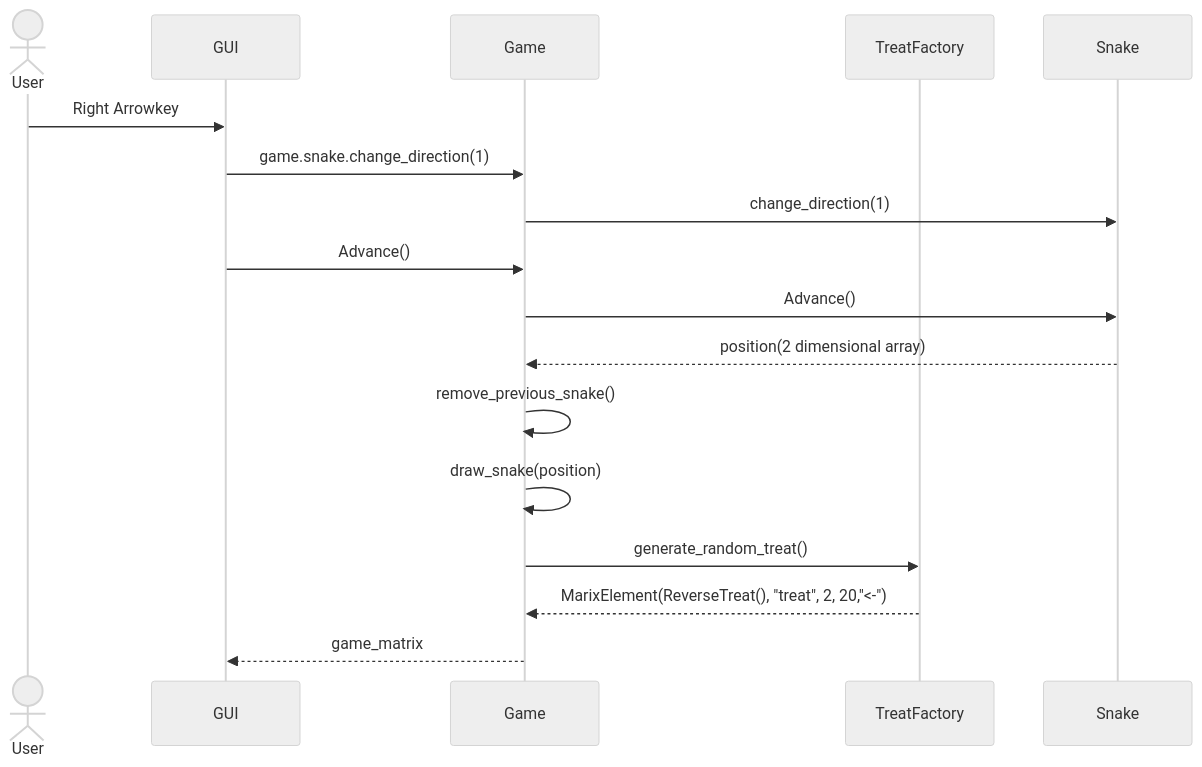
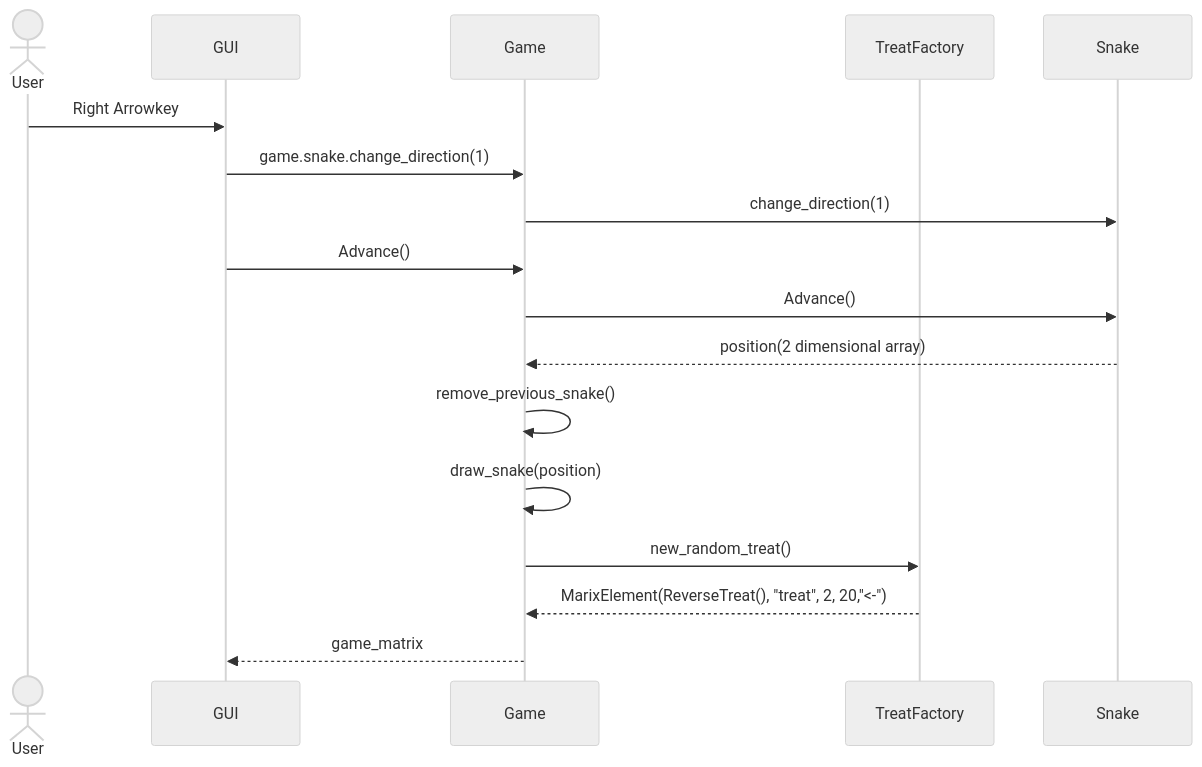
Before and after one commit to SuperTLP/ot-harjoitustyo: the first of 2 diagrams in dokumentaatio/arkkitehtuuri.md, drawn with Mermaid (neutral theme).

````diff
--- a/dokumentaatio/arkkitehtuuri.md
+++ b/dokumentaatio/arkkitehtuuri.md
@@ -60,20 +60,20 @@
 ```mermaid
 sequenceDiagram
   actor User
   participant GUI
   participant Game
   participant TreatFactory
   participant Snake
   
   User->>GUI:Right Arrowkey
   GUI->>Game:game.snake.change_direction(1)
   Game->>Snake:change_direction(1)
   GUI->>Game:Advance()
   Game->>Snake:Advance()
   Snake-->>Game:position(2 dimensional array)
   Game->>Game:remove_previous_snake()
   Game->>Game:draw_snake(position)
-  Game->>TreatFactory:generate_random_treat()
+  Game->>TreatFactory:new_random_treat()
   TreatFactory-->>Game:MarixElement(ReverseTreat(), "treat", 2, 20,"<-")
   Game-->>GUI:game_matrix
   ```
````
